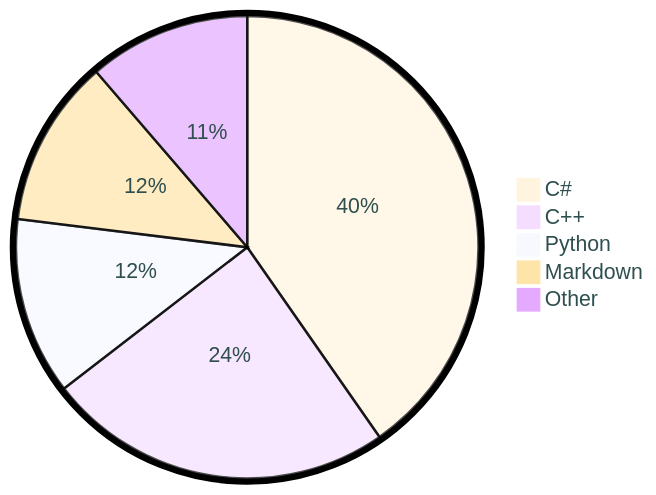
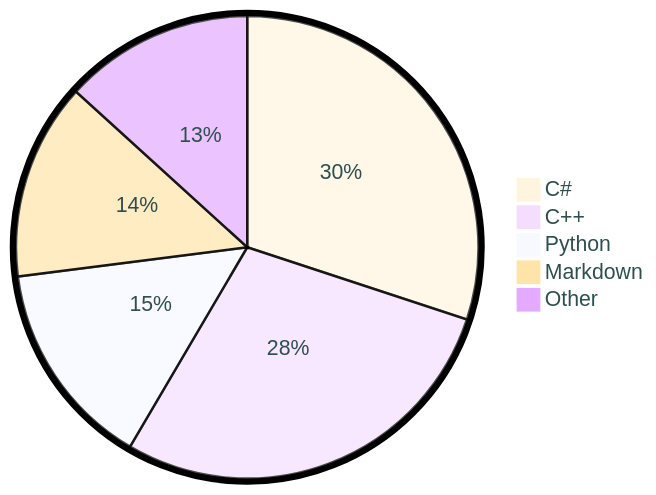
The diagram in README.md (tot0p/tot0p), drawn with Mermaid before and after one commit. The commit also changed other lines of this file, not shown here.

````diff
--- a/README.md
+++ b/README.md
@@ -80,9 +80,9 @@
 ```mermaid
 %%{init: {"pie": {"textPosition": 0.5}, "themeVariables": {"pieOuterStrokeWidth": "5px","primaryTextColor" : "#2F4F4F"},"theme":"base"} }%%
 pie
-	"C#": 40.31
-	"C++": 24.24
-	"Python": 12.4
-	"Markdown": 11.74
-	"Other": 11.309999999999999
+	"C#": 30.06
+	"C++": 28.4
+	"Python": 14.53
+	"Markdown": 13.76
+	"Other": 13.260000000000002
 ```
````
